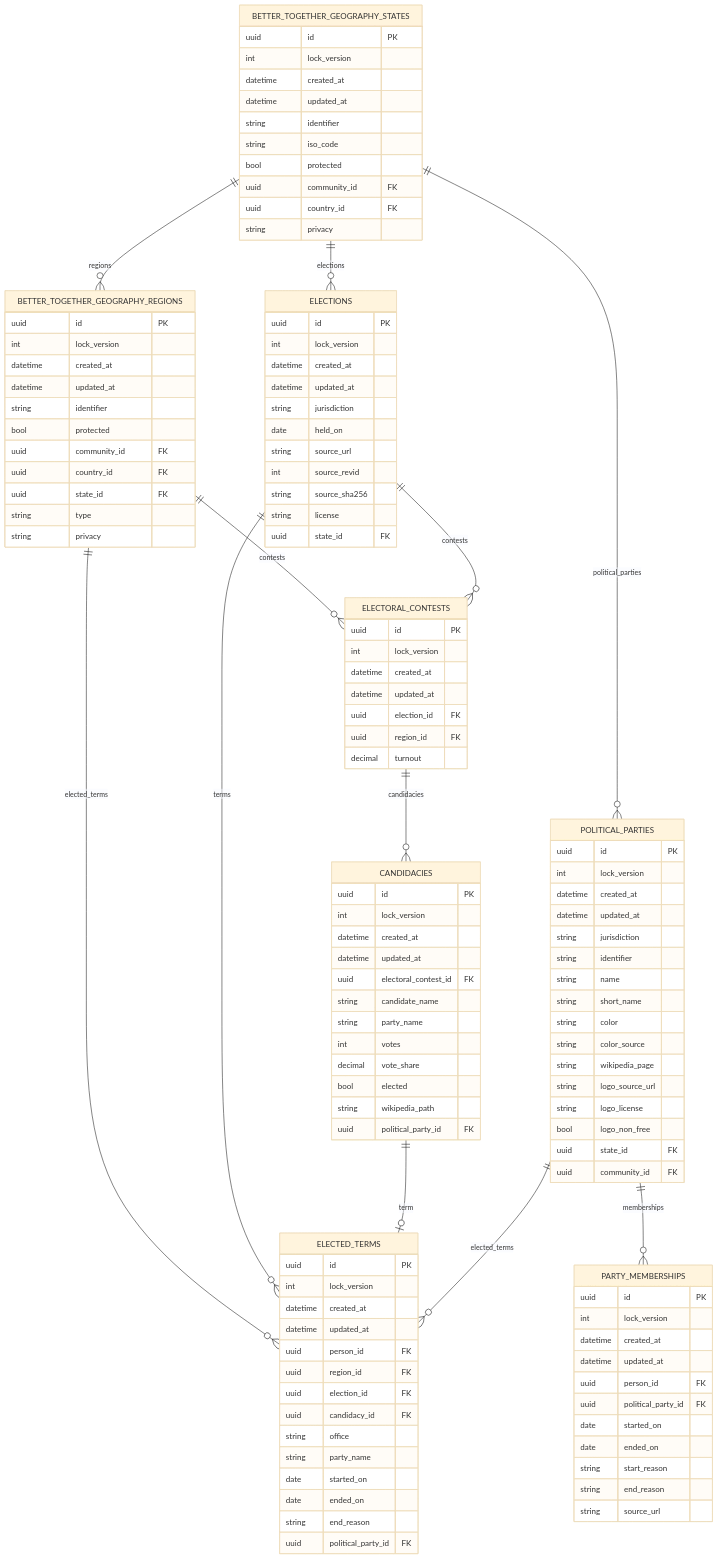
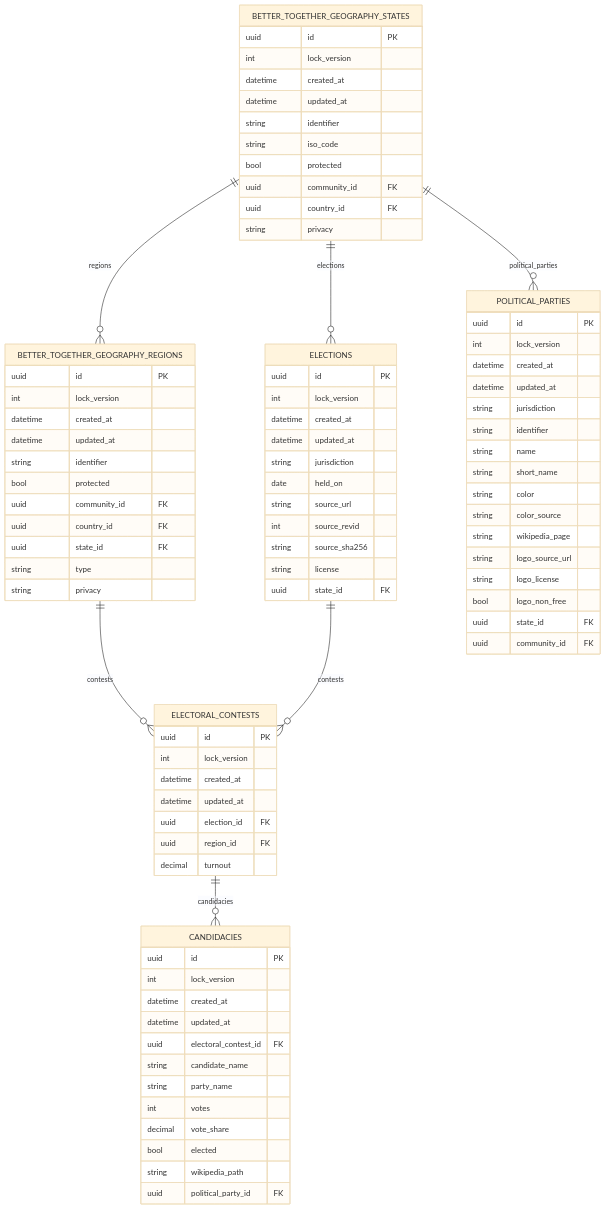
One commit to better-together-solutions/newfoundlandlabradoronline changed the diagram in docs/diagrams/source/nlo_elections_schema_erd.mmd. Above: the diagram before and after it, drawn with Mermaid (base theme). The commit also changed 35 other files, not shown here.

```diff
--- a/docs/diagrams/source/nlo_elections_schema_erd.mmd
+++ b/docs/diagrams/source/nlo_elections_schema_erd.mmd
@@ -1,122 +1,88 @@
 %% Generated by scripts/export_diagrams.rb. Do not edit by hand.
 %% render.orientation: landscape
 erDiagram
   BETTER_TOGETHER_GEOGRAPHY_STATES {
     uuid id PK
     int lock_version
     datetime created_at
     datetime updated_at
     string identifier
     string iso_code
     bool protected
     uuid community_id FK
     uuid country_id FK
     string privacy
   }
   BETTER_TOGETHER_GEOGRAPHY_REGIONS {
     uuid id PK
     int lock_version
     datetime created_at
     datetime updated_at
     string identifier
     bool protected
     uuid community_id FK
     uuid country_id FK
     uuid state_id FK
     string type
     string privacy
   }
   ELECTIONS {
     uuid id PK
     int lock_version
     datetime created_at
     datetime updated_at
     string jurisdiction
     date held_on
     string source_url
     int source_revid
     string source_sha256
     string license
     uuid state_id FK
   }
   ELECTORAL_CONTESTS {
     uuid id PK
     int lock_version
     datetime created_at
     datetime updated_at
     uuid election_id FK
     uuid region_id FK
     decimal turnout
   }
   CANDIDACIES {
     uuid id PK
     int lock_version
     datetime created_at
     datetime updated_at
     uuid electoral_contest_id FK
     string candidate_name
     string party_name
     int votes
     decimal vote_share
     bool elected
     string wikipedia_path
     uuid political_party_id FK
   }
-  ELECTED_TERMS {
-    uuid id PK
-    int lock_version
-    datetime created_at
-    datetime updated_at
-    uuid person_id FK
-    uuid region_id FK
-    uuid election_id FK
-    uuid candidacy_id FK
-    string office
-    string party_name
-    date started_on
-    date ended_on
-    string end_reason
-    uuid political_party_id FK
-  }
   POLITICAL_PARTIES {
     uuid id PK
     int lock_version
     datetime created_at
     datetime updated_at
     string jurisdiction
     string identifier
     string name
     string short_name
     string color
     string color_source
     string wikipedia_page
     string logo_source_url
     string logo_license
     bool logo_non_free
     uuid state_id FK
     uuid community_id FK
   }
-  PARTY_MEMBERSHIPS {
-    uuid id PK
-    int lock_version
-    datetime created_at
-    datetime updated_at
-    uuid person_id FK
-    uuid political_party_id FK
-    date started_on
-    date ended_on
-    string start_reason
-    string end_reason
-    string source_url
-  }
   BETTER_TOGETHER_GEOGRAPHY_STATES ||--o{ BETTER_TOGETHER_GEOGRAPHY_REGIONS : "regions"
   BETTER_TOGETHER_GEOGRAPHY_STATES ||--o{ POLITICAL_PARTIES : "political_parties"
   BETTER_TOGETHER_GEOGRAPHY_STATES ||--o{ ELECTIONS : "elections"
   BETTER_TOGETHER_GEOGRAPHY_REGIONS ||--o{ ELECTORAL_CONTESTS : "contests"
-  BETTER_TOGETHER_GEOGRAPHY_REGIONS ||--o{ ELECTED_TERMS : "elected_terms"
   ELECTIONS ||--o{ ELECTORAL_CONTESTS : "contests"
-  ELECTIONS ||--o{ ELECTED_TERMS : "terms"
   ELECTORAL_CONTESTS ||--o{ CANDIDACIES : "candidacies"
-  CANDIDACIES ||--o| ELECTED_TERMS : "term"
-  POLITICAL_PARTIES ||--o{ PARTY_MEMBERSHIPS : "memberships"
-  POLITICAL_PARTIES ||--o{ ELECTED_TERMS : "elected_terms"
```
